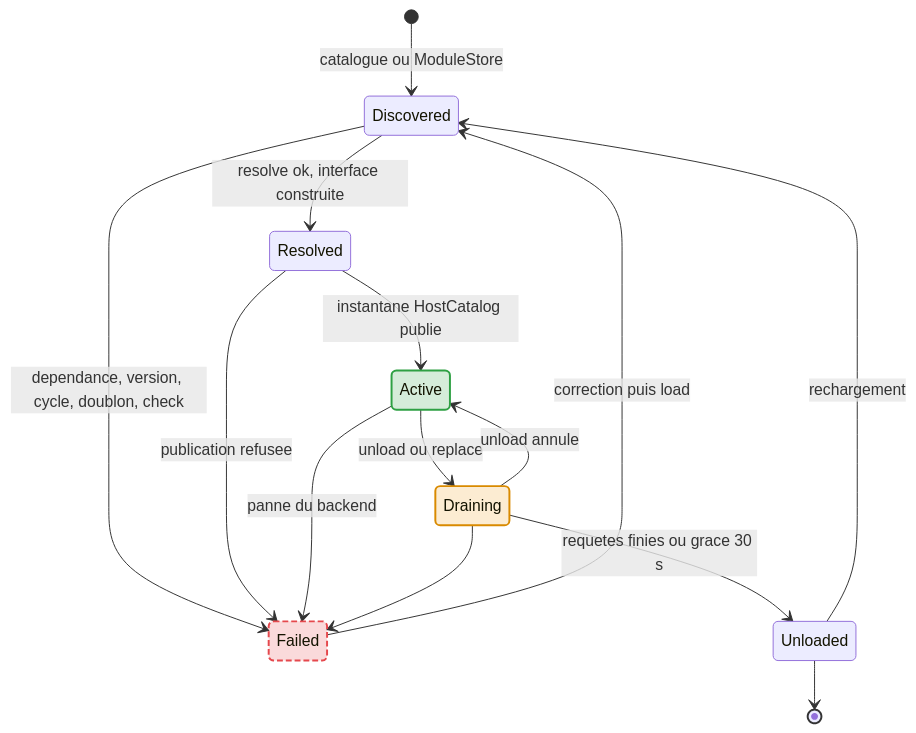
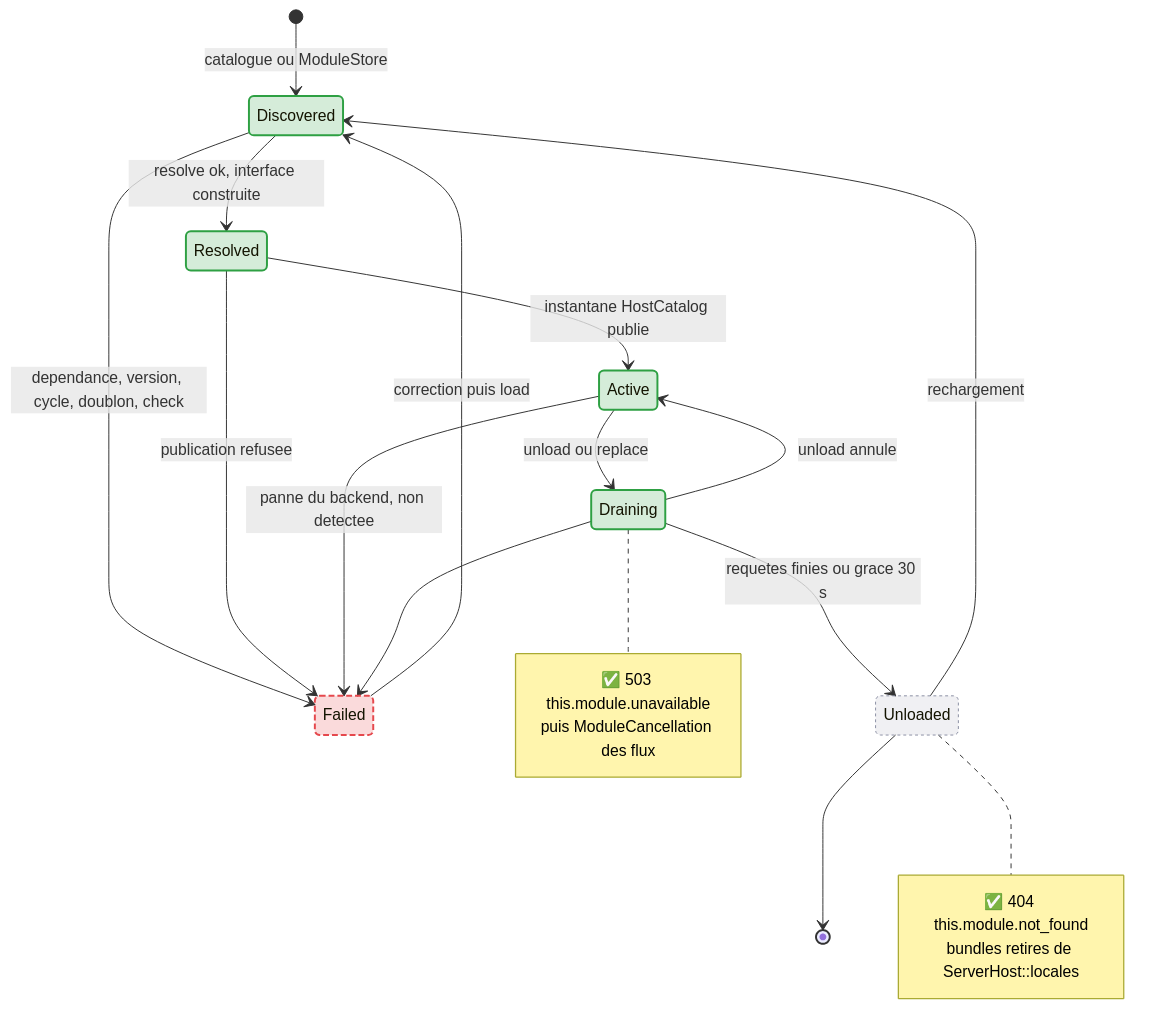
The diagram in docs/atlas/module-descriptor/cycle-de-vie-module.mmd (this-rs/this), drawn with Mermaid before and after one commit. The commit also changed 13 other files, not shown here.

First line of the commit message:
docs(module-descriptor): delivered state in the RFC and diagrams aligned with the integrated code

```diff
--- a/docs/atlas/module-descriptor/cycle-de-vie-module.mmd
+++ b/docs/atlas/module-descriptor/cycle-de-vie-module.mmd
@@ -1,26 +1,37 @@
+%% name: module-descriptor-lifecycle
+%% QUESTION : quels etats un module traverse et quelles transitions sont legales ?
+%% PROUVE (MESURE) : ModuleState::can_transition, test lifecycle_transitions_are_legal_only (table complete) ;
+%%   flux modules-runtime (tests/module_runtime.rs, 19 ok) : replace_checks_dependents_version_req, draining_times_out_and_cancels_streams,
+%%   replace_cancels_old_version_streams_after_grace ; e2e hot_loaded_module_from_vfs_served_then_404_after_unload.
+%% LU : crates/this-descriptor/src/lifecycle.rs, src/server/module_runtime/runtime.rs.
+%% NON ETABLI : Active vers Failed sur panne du backend (transition legale, aucun detecteur de panne branche).
 stateDiagram-v2
-%% name: module-descriptor-lifecycle
-%% PROUVE : enum ModuleState (crate this-descriptor, lifecycle.rs) et ModuleState::can_transition ; le test
-%%   lifecycle_transitions_are_legal_only verifie la table complete (toute paire hors de ce diagramme est refusee).
-%% SOURCES LUES : crates/this-descriptor/src/lifecycle.rs, RFC v2 §3.7.
-%% NON ETABLI : replace() (echange de version) et l'annulation des flux en fin de grace : flux modules-runtime.
     [*] --> Discovered : catalogue ou ModuleStore
     Discovered --> Resolved : resolve ok, interface construite
     Discovered --> Failed : dependance, version, cycle, doublon, check
     Resolved --> Active : instantane HostCatalog publie
     Resolved --> Failed : publication refusee
     Active --> Draining : unload ou replace
-    Active --> Failed : panne du backend
+    Active --> Failed : panne du backend, non detectee
     Draining --> Active : unload annule
     Draining --> Unloaded : requetes finies ou grace 30 s
     Draining --> Failed
     Unloaded --> Discovered : rechargement
     Failed --> Discovered : correction puis load
     Unloaded --> [*]
 
-    classDef refusedS fill:#e5484d33,stroke:#e5484d,stroke-width:2px,stroke-dasharray:6 3
-    classDef okS fill:#2ea04333,stroke:#2ea043,stroke-width:2px
-    classDef todoS fill:#f0a02033,stroke:#d98a00,stroke-width:2px
-    class Failed refusedS
-    class Active okS
-    class Draining todoS
+    note right of Draining
+        ✅ 503 this.module.unavailable
+        puis ModuleCancellation des flux
+    end note
+    note right of Unloaded
+        ✅ 404 this.module.not_found
+        bundles retires de ServerHost::locales
+    end note
+
+    classDef ok       fill:#2ea04333,stroke:#2ea043,stroke-width:2px
+    classDef refused  fill:#e5484d33,stroke:#e5484d,stroke-width:2px,stroke-dasharray:6 3
+    classDef upstream fill:#8b8fa322,stroke:#8b8fa3,stroke-dasharray:3 3
+    class Discovered,Resolved,Active,Draining ok
+    class Unloaded upstream
+    class Failed refused
```
